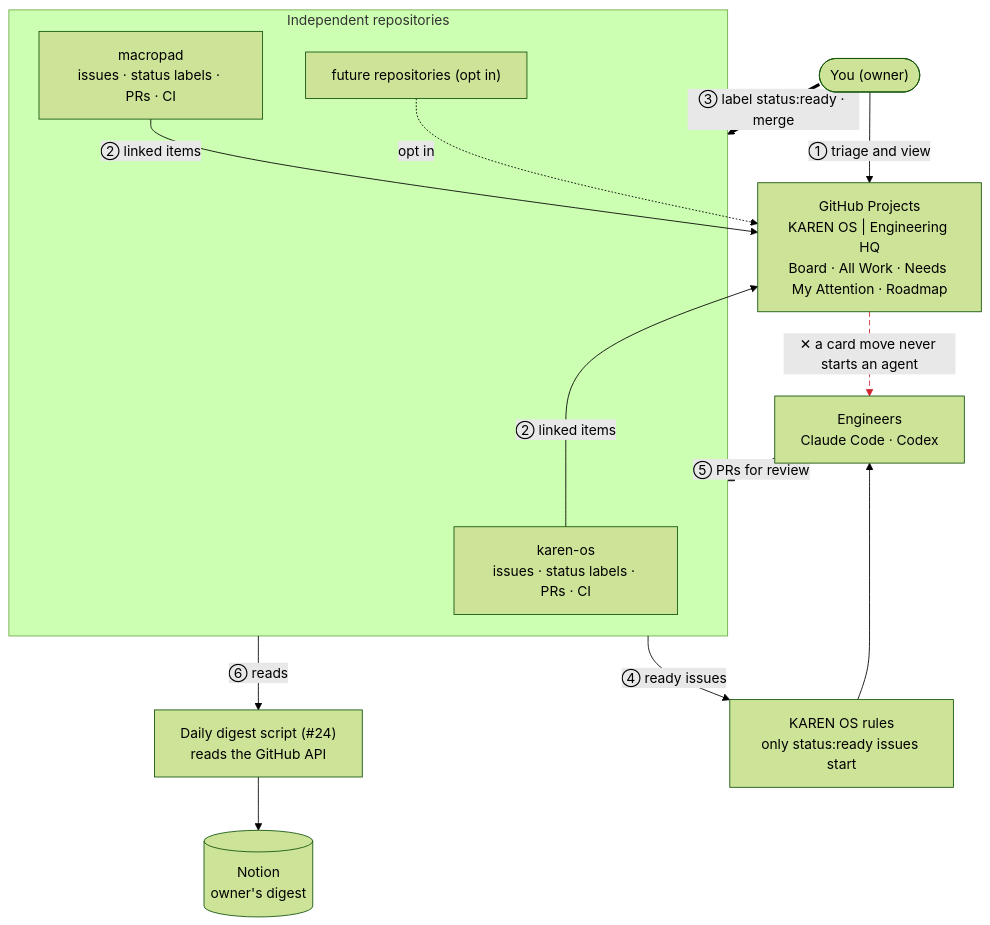
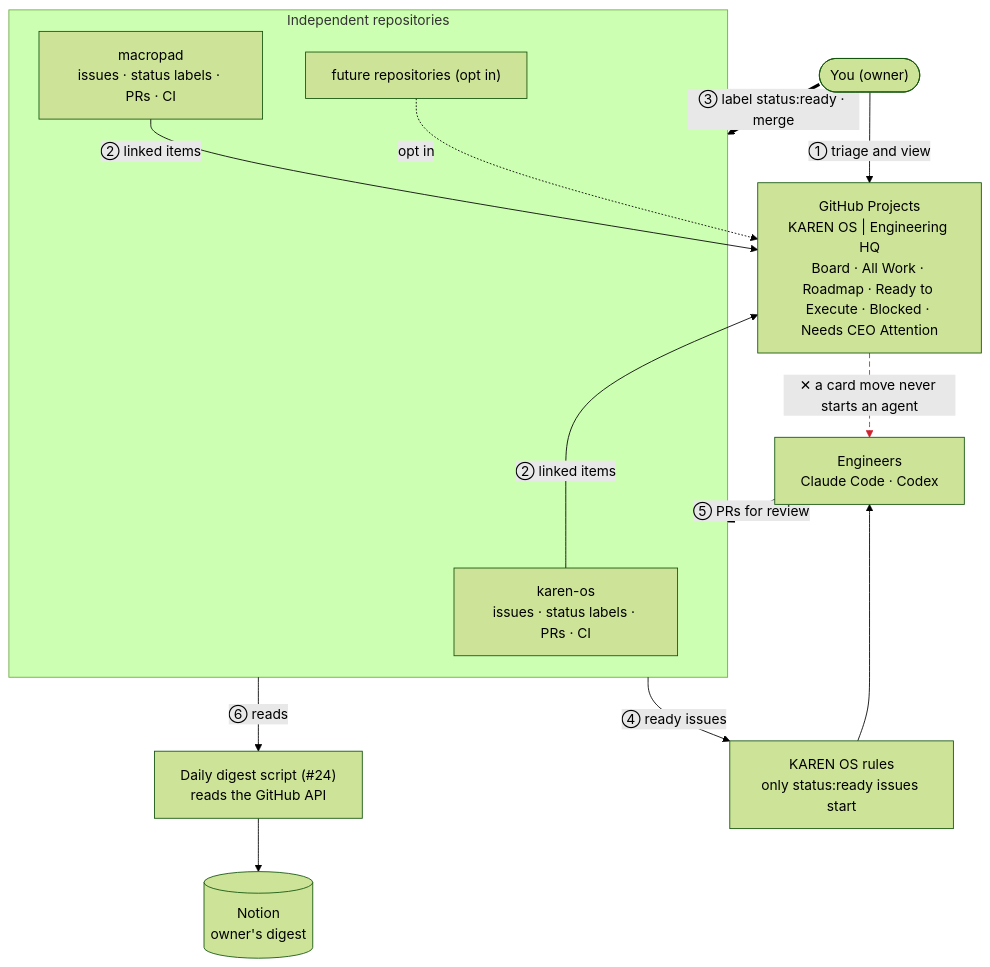
The first of 2 diagrams in docs/architecture/github-projects.md (AbhiramYanamandra/karen-os), drawn with Mermaid (forest theme) before and after one commit. The commit also changed other lines of this file and 2 other files, not shown here.

````diff
--- a/docs/architecture/github-projects.md
+++ b/docs/architecture/github-projects.md
@@ -39,26 +39,26 @@
 ```mermaid
 flowchart TB
     OWN(["You (owner)"])
     subgraph REPOS["Independent repositories"]
       K["karen-os<br/>issues · status labels · PRs · CI"]
       M["macropad<br/>issues · status labels · PRs · CI"]
       X["future repositories (opt in)"]
     end
-    HQ["GitHub Projects<br/>KAREN OS | Engineering HQ<br/>Board · All Work · Needs My Attention · Roadmap"]
+    HQ["GitHub Projects<br/>KAREN OS | Engineering HQ<br/>Board · All Work · Roadmap · Ready to Execute · Blocked · Needs CEO Attention"]
     RULES["KAREN OS rules<br/>only status:ready issues start"]
     ENG["Engineers<br/>Claude Code · Codex"]
     DIG["Daily digest script (#24)<br/>reads the GitHub API"]
     NOTION[("Notion<br/>owner's digest")]
 
     OWN -->|"① triage and view"| HQ
     K -->|"② linked items"| HQ
     M -->|"② linked items"| HQ
     X -.->|opt in| HQ
     OWN ==>|"③ label status:ready · merge"| REPOS
     REPOS -->|"④ ready issues"| RULES --> ENG
     ENG -->|"⑤ PRs for review"| REPOS
     REPOS -->|"⑥ reads"| DIG --> NOTION
     HQ -. "✕ a card move never starts an agent" .-> ENG
 
     linkStyle 10 stroke:#cf222e,stroke-dasharray:6 4
 ```
````
